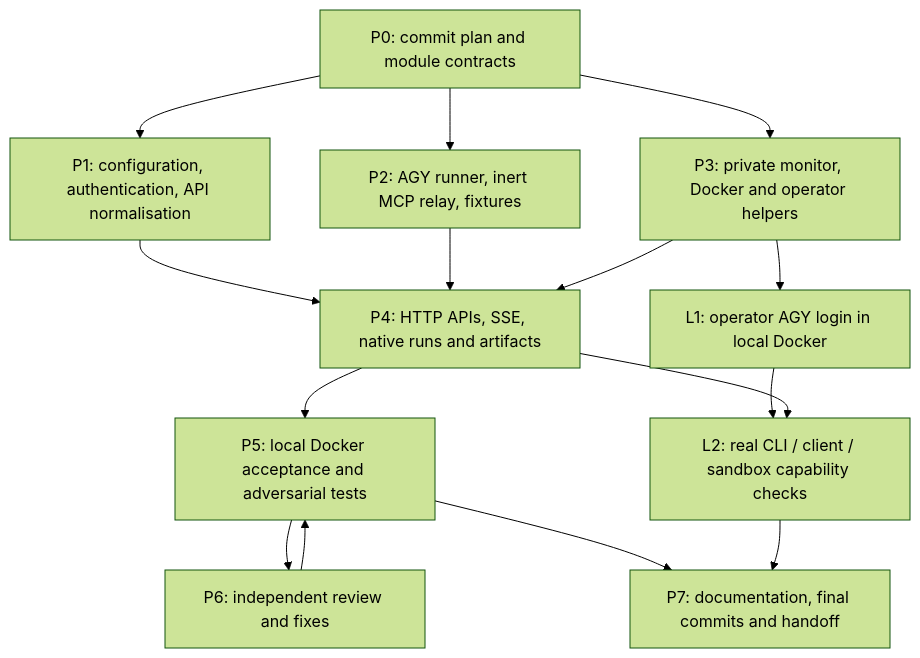
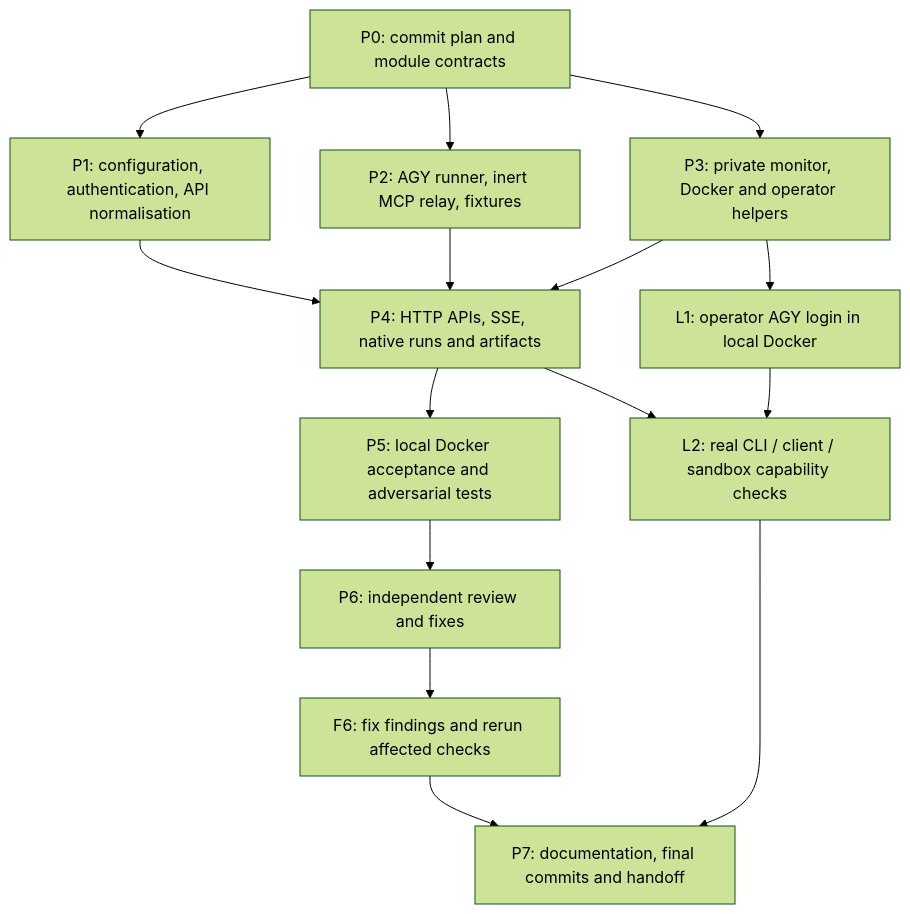
The diagram in PLAN.md (leomleao/ai-router), drawn with Mermaid (forest theme) before and after one commit. The commit also changed other lines of this file and 32 other files, not shown here.

````diff
--- a/PLAN.md
+++ b/PLAN.md
@@ -58,17 +60,17 @@
 ```mermaid
 graph TD
   P0["P0: commit plan and module contracts"] --> P1["P1: configuration, authentication, API normalisation"]
   P0 --> P2["P2: AGY runner, inert MCP relay, fixtures"]
   P0 --> P3["P3: private monitor, Docker and operator helpers"]
   P1 --> P4["P4: HTTP APIs, SSE, native runs and artifacts"]
   P2 --> P4
   P3 --> P4
   P4 --> P5["P5: local Docker acceptance and adversarial tests"]
   P5 --> P6["P6: independent review and fixes"]
-  P6 --> P5
-  P5 --> P7["P7: documentation, final commits and handoff"]
+  P6 --> F6["F6: fix findings and rerun affected checks"]
+  F6 --> P7["P7: documentation, final commits and handoff"]
   P3 --> L1["L1: operator AGY login in local Docker"]
   L1 --> L2["L2: real CLI / client / sandbox capability checks"]
   P4 --> L2
   L2 --> P7
 ```
````
